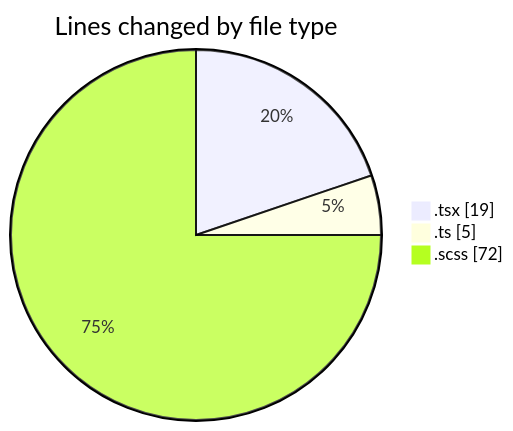
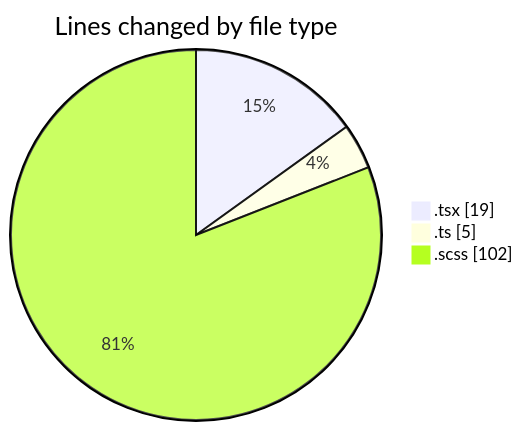
The first of 2 diagrams in 2025-02-28/cda/README.md (momahboobian/code-tracking), drawn with Mermaid before and after one commit. The commit also changed other lines of this file and 1 other file, not shown here.

````diff
--- a/2025-02-28/cda/README.md
+++ b/2025-02-28/cda/README.md
@@ -23,7 +23,7 @@
 ```mermaid
 pie showData
 title Lines changed by file type
 ".tsx" : 19
 ".ts" : 5
-".scss" : 72
+".scss" : 102
 ```
````
